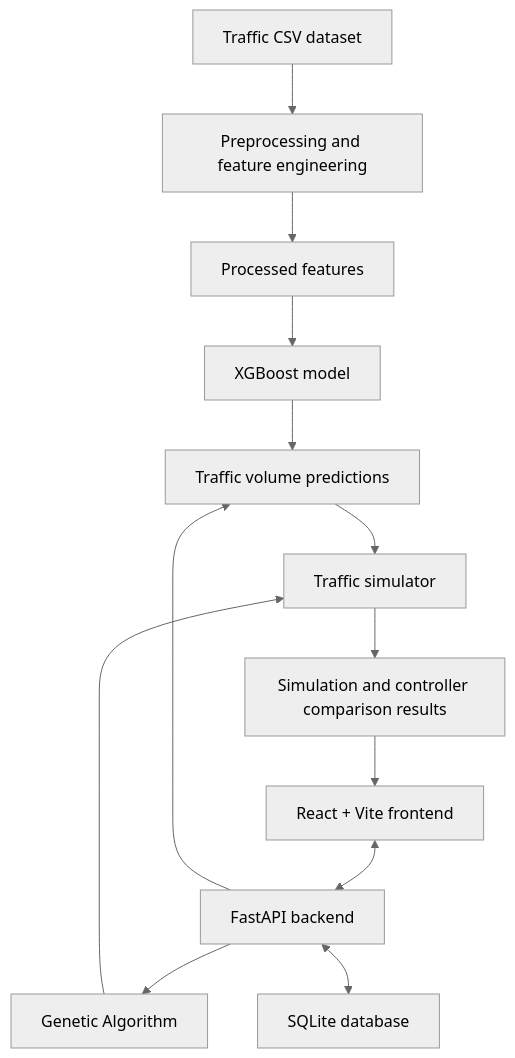
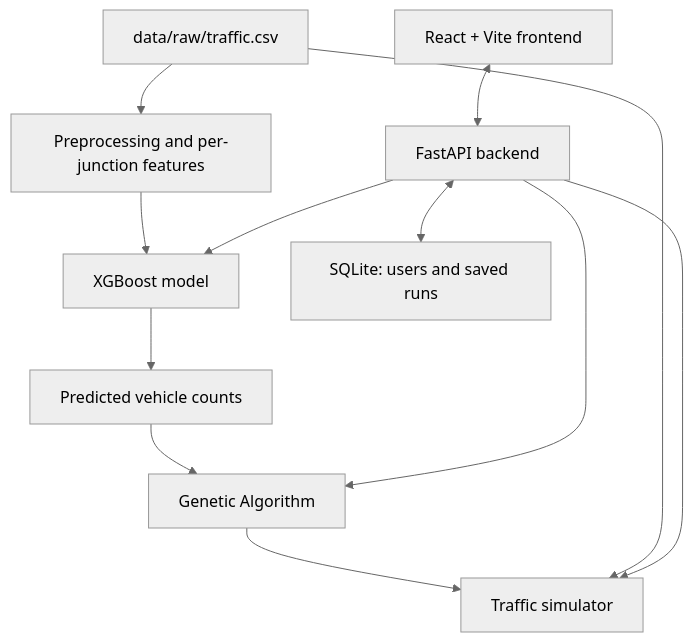
One commit to code-dev-007/AI-Based-Adaptive-Traffic-Signal-Optimization-Using-XGBoost-Prediction-and-Genetic-Algorithm changed the diagram in README.md. Above: the diagram before and after it, drawn with Mermaid (neutral theme). The commit also changed other lines of this file and 27 other files, not shown here.

Commit message:
feat: update traffic prediction model

````diff
--- a/README.md
+++ b/README.md
@@ -26,16 +24,14 @@
 ```mermaid
 flowchart TD
-    A[Traffic CSV dataset] --> B[Preprocessing and feature engineering]
-    B --> C[Processed features]
-    C --> D[XGBoost model]
-    D --> E[Traffic volume predictions]
-
+    A[data/raw/traffic.csv] --> B[Preprocessing and per-junction features]
+    B --> D[XGBoost model]
+    D --> E[Predicted vehicle counts]
+    E --> H[Genetic Algorithm]
+    H --> I[Traffic simulator]
+    A --> I
     F[React + Vite frontend] <--> G[FastAPI backend]
-    G --> E
-    G --> H[Genetic Algorithm]
-    H --> I[Traffic simulator]
-    E --> I
-    I --> J[Simulation and controller comparison results]
-    G <--> K[SQLite database]
-    J --> F
+    G --> D
+    G --> H
+    G --> I
+    G <--> K[SQLite: users and saved runs]
 ```
````
